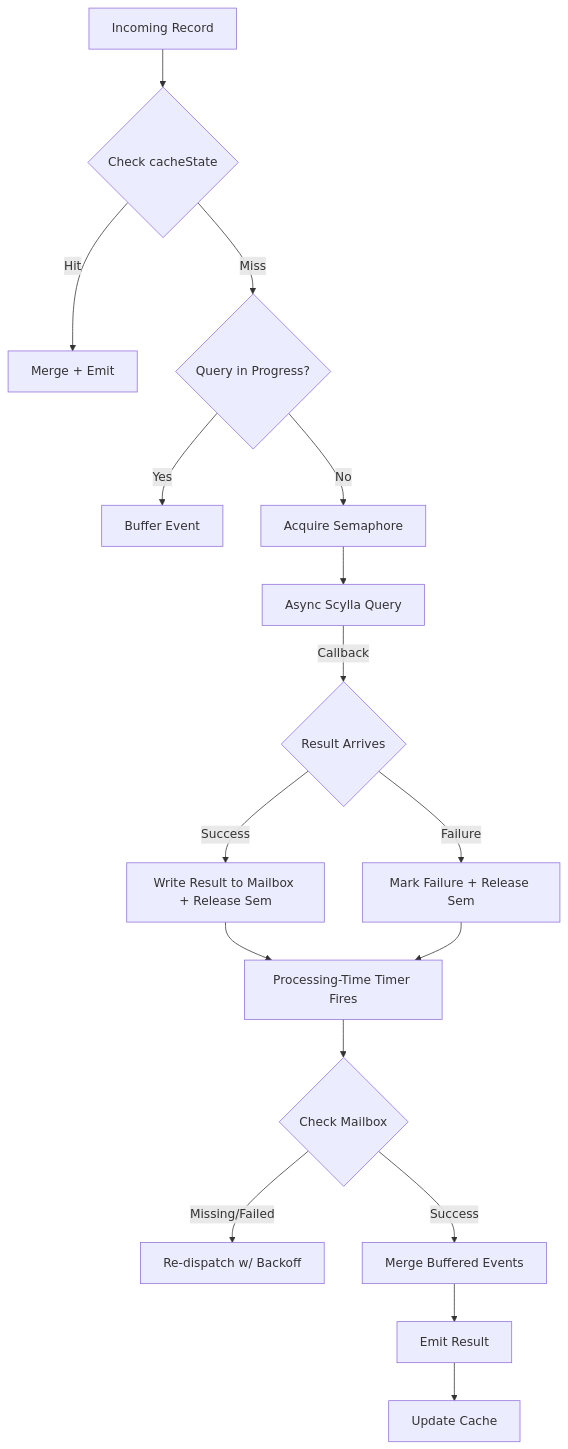
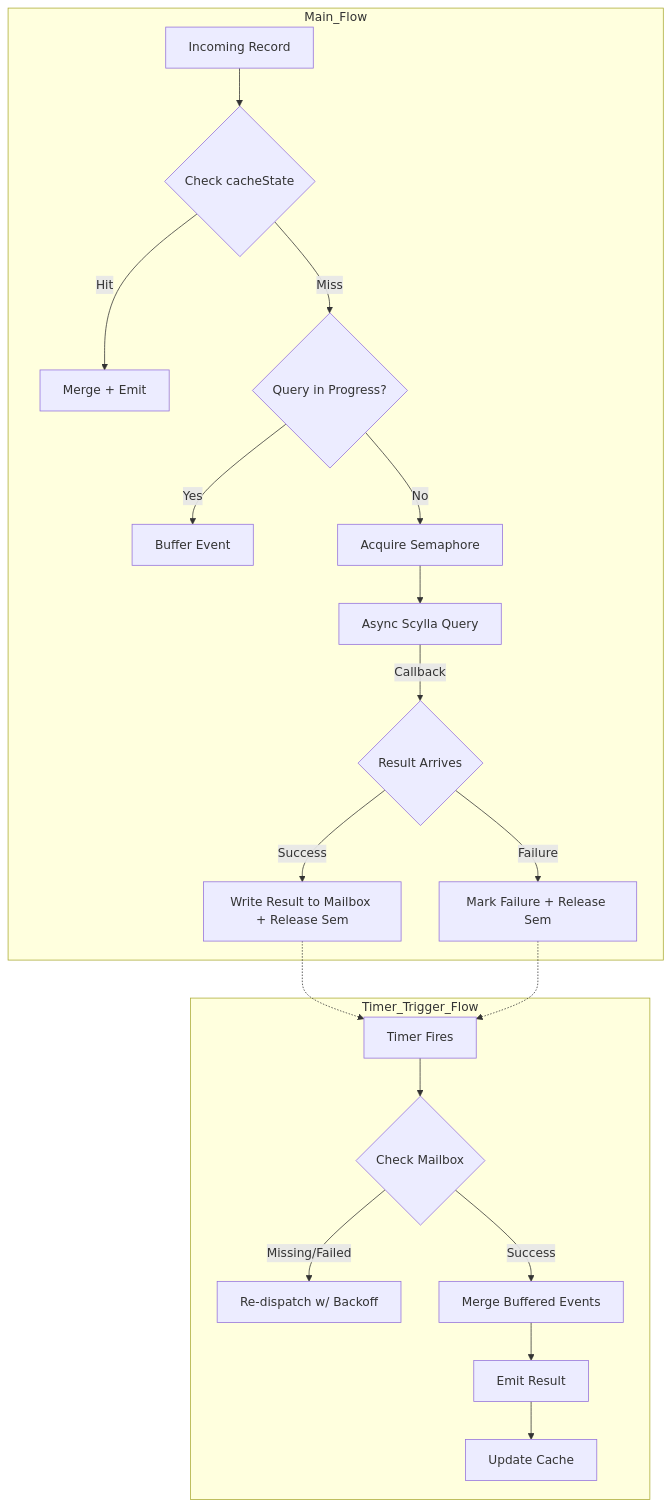
The diagram in posts/stateful-async.md (scaars10/scaars10.github.io), drawn with Mermaid before and after one commit. The commit also changed other lines of this file and 5 other files, not shown here.

````diff
--- a/posts/stateful-async.md
+++ b/posts/stateful-async.md
@@ -125,23 +128,27 @@
 ```mermaid
 graph TD
+    subgraph Main_Flow
     Start[Incoming Record] --> CheckCache{Check cacheState}
     CheckCache -- Hit --> MergeEmit[Merge + Emit]
     CheckCache -- Miss --> QueryActive{Query in Progress?}
     
     QueryActive -- Yes --> Buffer[Buffer Event]
     QueryActive -- No --> AcquireSem[Acquire Semaphore]
     AcquireSem --> AsyncQuery[Async Scylla Query]
     
     AsyncQuery -- Callback --> Result{Result Arrives}
     Result -- Success --> MailboxSuccess[Write Result to Mailbox + Release Sem]
     Result -- Failure --> MailboxFail[Mark Failure + Release Sem]
-    
-    MailboxSuccess --> Timer[Processing-Time Timer Fires]
-    MailboxFail --> Timer
-    
-    Timer --> CheckMailbox{Check Mailbox}
+    end
+
+    subgraph Timer_Trigger_Flow
+    TimerEvent[Timer Fires] --> CheckMailbox{Check Mailbox}
     CheckMailbox -- "Missing/Failed" --> Retry[Re-dispatch w/ Backoff]
     CheckMailbox -- Success --> MergeBuffer[Merge Buffered Events]
     MergeBuffer --> EmitFinal[Emit Result]
     EmitFinal --> UpdateCache[Update Cache]
+    end
+
+    MailboxSuccess -.-> TimerEvent
+    MailboxFail -.-> TimerEvent
 ```
````
